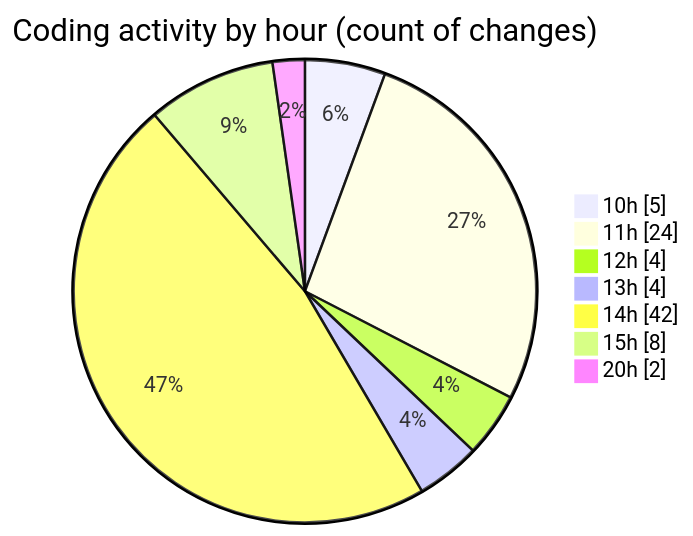
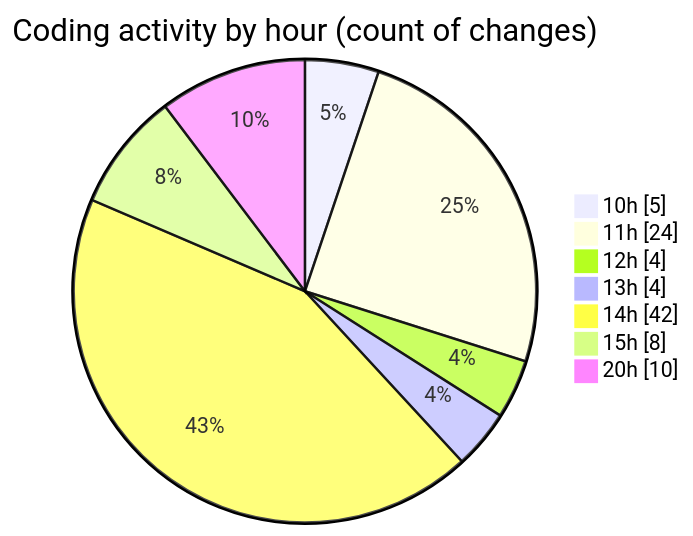
Before and after one commit to momahboobian/code-tracking: the second of 2 diagrams in 2026-09-09/cda/README.md, drawn with Mermaid. The commit also changed other lines of this file and 1 other file, not shown here.

````diff
--- a/2026-09-09/cda/README.md
+++ b/2026-09-09/cda/README.md
@@ -44,11 +44,11 @@
 ```mermaid
 pie showData
 title Coding activity by hour (count of changes)
 "10h" : 5
 "11h" : 24
 "12h" : 4
 "13h" : 4
 "14h" : 42
 "15h" : 8
-"20h" : 2
+"20h" : 10
 ```
````
